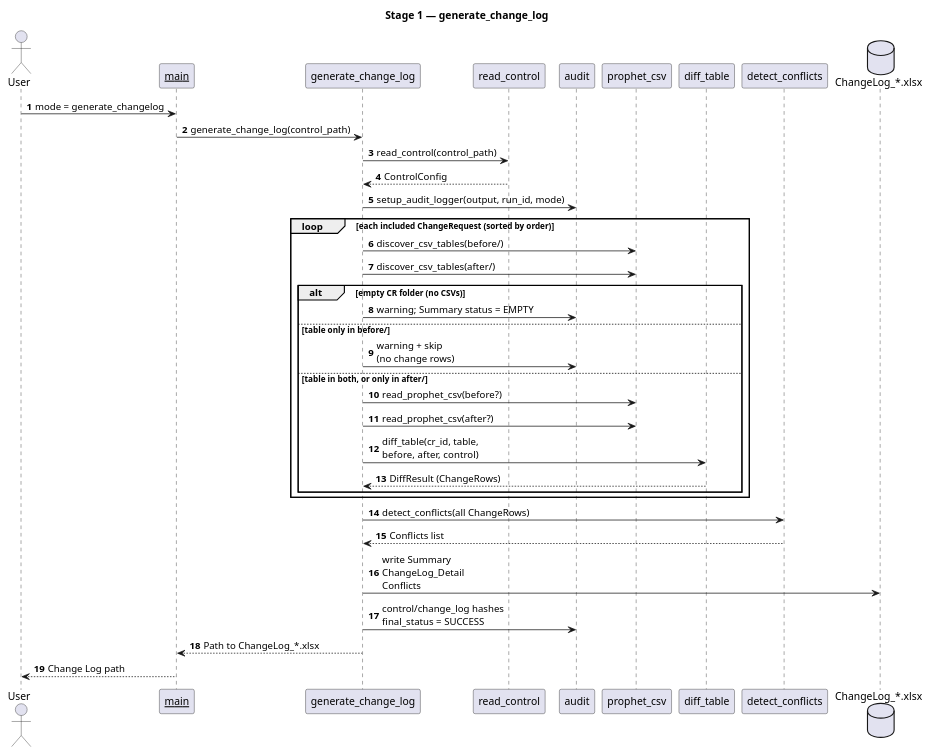
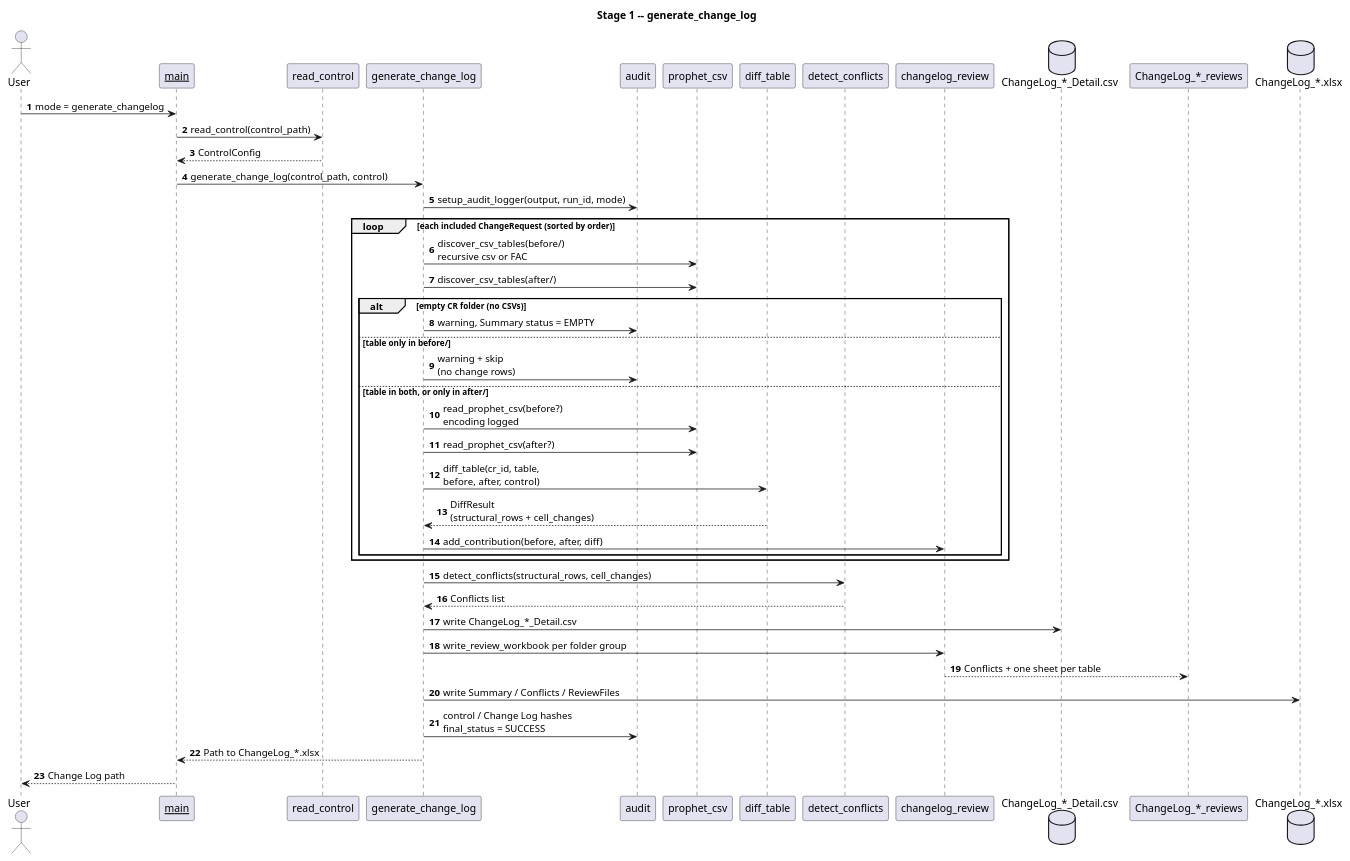
Before and after one commit to kellccheung/actuarial-table-integration-testing-tool: the diagram in docs/uml/03_sequence_stage1.puml, drawn with PlantUML. The commit also changed 75 other files, not shown here.

First line of the commit message:
Split Change Log reviews into per-folder workbooks and apply Stage 2 changes sequentially in Control order so later CRs see earlier results.

```diff
--- a/docs/uml/03_sequence_stage1.puml
+++ b/docs/uml/03_sequence_stage1.puml
@@ -1,48 +1,54 @@
 @startuml prophet_table_tool_stage1_sequence
-title Stage 1 — generate_change_log
+title Stage 1 -- generate_change_log
 skinparam shadowing false
 autonumber
 
 actor User
 participant "__main__" as CLI
+participant "read_control" as CTRL
 participant "generate_change_log" as GCL
-participant "read_control" as CTRL
 participant "audit" as AUDIT
 participant "prophet_csv" as CSV
 participant "diff_table" as DIFF
 participant "detect_conflicts" as CONF
+participant "changelog_review" as REV
+database "ChangeLog_*_Detail.csv" as DETAIL
+participant "ChangeLog_*_reviews" as REVOUT
 database "ChangeLog_*.xlsx" as XLSX
 
 User -> CLI : mode = generate_changelog
-CLI -> GCL : generate_change_log(control_path)
-
-GCL -> CTRL : read_control(control_path)
-CTRL --> GCL : ControlConfig
+CLI -> CTRL : read_control(control_path)
+CTRL --> CLI : ControlConfig
+CLI -> GCL : generate_change_log(control_path, control)
 
 GCL -> AUDIT : setup_audit_logger(output, run_id, mode)
 
 loop each included ChangeRequest (sorted by order)
-  GCL -> CSV : discover_csv_tables(before/)
+  GCL -> CSV : discover_csv_tables(before/)\nrecursive csv or FAC
   GCL -> CSV : discover_csv_tables(after/)
 
   alt empty CR folder (no CSVs)
-    GCL -> AUDIT : warning; Summary status = EMPTY
+    GCL -> AUDIT : warning, Summary status = EMPTY
   else table only in before/
     GCL -> AUDIT : warning + skip\n(no change rows)
   else table in both, or only in after/
-    GCL -> CSV : read_prophet_csv(before?) 
+    GCL -> CSV : read_prophet_csv(before?)\nencoding logged
     GCL -> CSV : read_prophet_csv(after?)
     GCL -> DIFF : diff_table(cr_id, table,\nbefore, after, control)
-    DIFF --> GCL : DiffResult (ChangeRows)
+    DIFF --> GCL : DiffResult\n(structural_rows + cell_changes)
+    GCL -> REV : add_contribution(before, after, diff)
   end
 end
 
-GCL -> CONF : detect_conflicts(all ChangeRows)
+GCL -> CONF : detect_conflicts(structural_rows, cell_changes)
 CONF --> GCL : Conflicts list
 
-GCL -> XLSX : write Summary\nChangeLog_Detail\nConflicts
-GCL -> AUDIT : control/change_log hashes\nfinal_status = SUCCESS
+GCL -> DETAIL : write ChangeLog_*_Detail.csv
+GCL -> REV : write_review_workbook per folder group
+REV --> REVOUT : Conflicts + one sheet per table
+GCL -> XLSX : write Summary / Conflicts / ReviewFiles
+GCL -> AUDIT : control / Change Log hashes\nfinal_status = SUCCESS
 GCL --> CLI : Path to ChangeLog_*.xlsx
 CLI --> User : Change Log path
 
 @enduml
```
